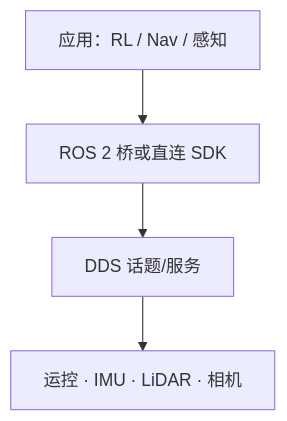
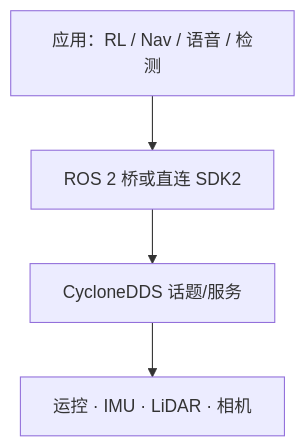
One commit to ImChong/Robotics_Notebooks changed the diagram in wiki/entities/unitree-g1-software-stack.md. Above: the diagram before and after it, drawn with Mermaid. The commit also changed other lines of this file and 25 other files, not shown here.

````diff
--- a/wiki/entities/unitree-g1-software-stack.md
+++ b/wiki/entities/unitree-g1-software-stack.md
@@ -41,9 +48,9 @@
 ```mermaid
 flowchart TB
-  APP["应用：RL / Nav / 感知"]
-  BRIDGE["ROS 2 桥或直连 SDK"]
-  DDS["DDS 话题/服务"]
+  APP["应用：RL / Nav / 语音 / 检测"]
+  BRIDGE["ROS 2 桥或直连 SDK2"]
+  DDS["CycloneDDS 话题/服务"]
   HW["运控 · IMU · LiDAR · 相机"]
 
   APP --> BRIDGE --> DDS --> HW
 ```
````
